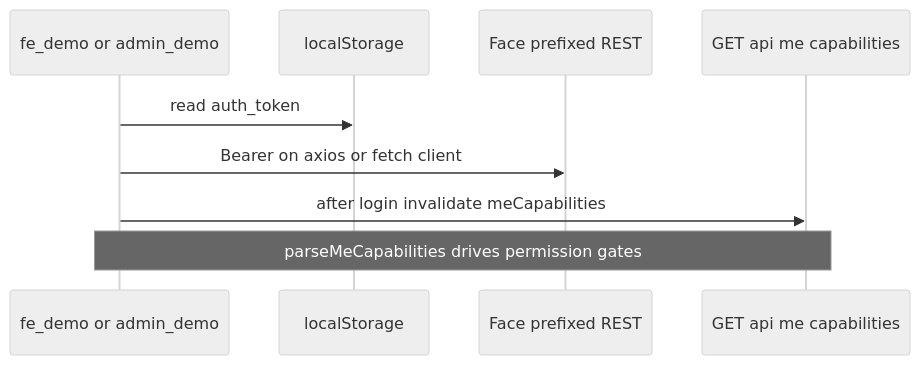
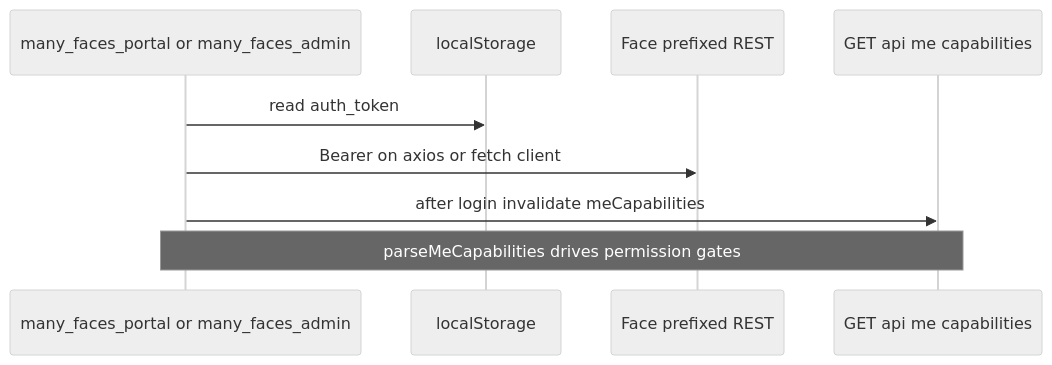
One commit to 01laky/mfai_demo changed the tenth of 10 diagrams in docs/guides/security-crypto-sockets.md. Above: the diagram before and after it, drawn with Mermaid (neutral theme). The commit also changed other lines of this file and 56 other files, not shown here.

First line of the commit message:
chore: rename submodule directories to many_faces_* paths

````diff
--- a/docs/guides/security-crypto-sockets.md
+++ b/docs/guides/security-crypto-sockets.md
@@ -369,12 +369,12 @@
 ```mermaid
 sequenceDiagram
-  participant SPA as fe_demo or admin_demo
+  participant SPA as many_faces_portal or many_faces_admin
   participant LS as localStorage
   participant API as Face prefixed REST
   participant Cap as GET api me capabilities
 
   SPA->>LS: read auth_token
   SPA->>API: Bearer on axios or fetch client
   SPA->>Cap: after login invalidate meCapabilities
   Note over SPA,Cap: parseMeCapabilities drives permission gates
 ```
````
